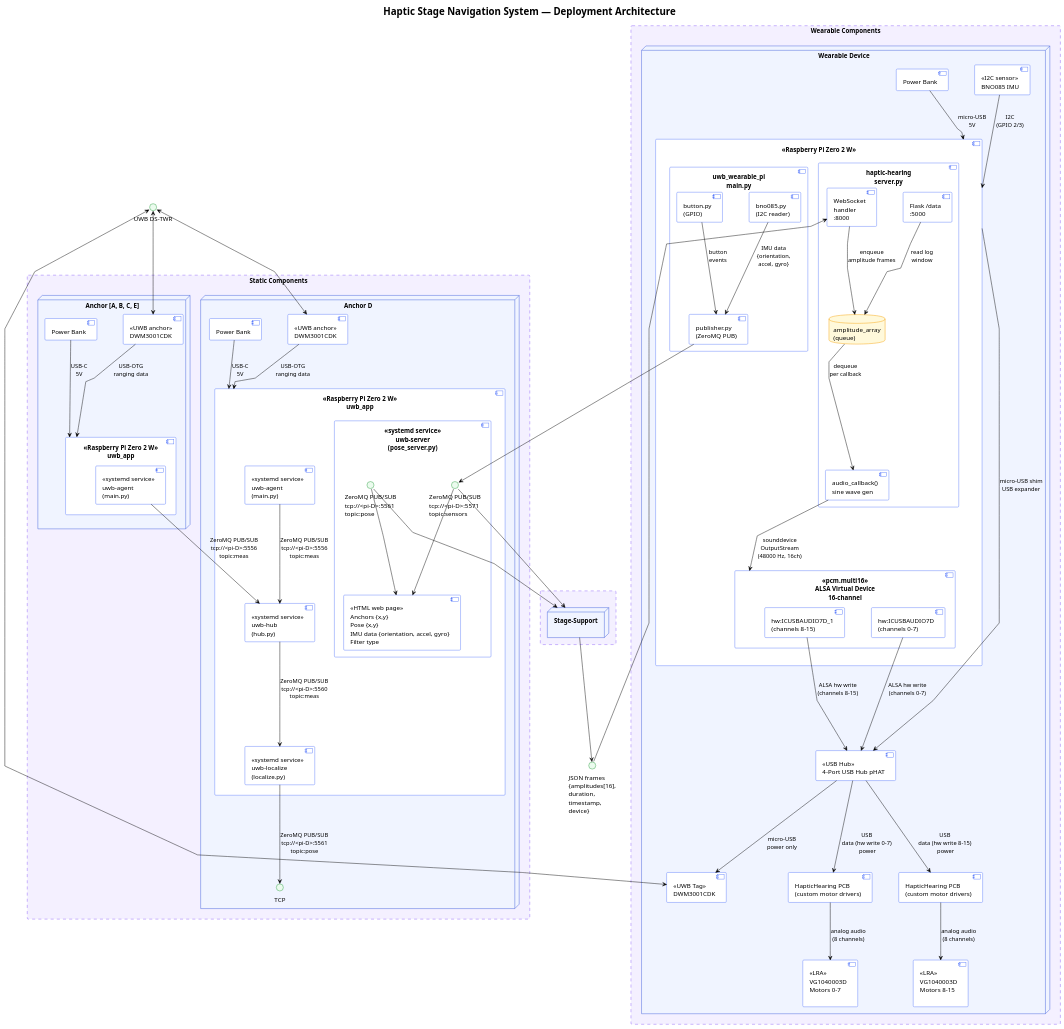
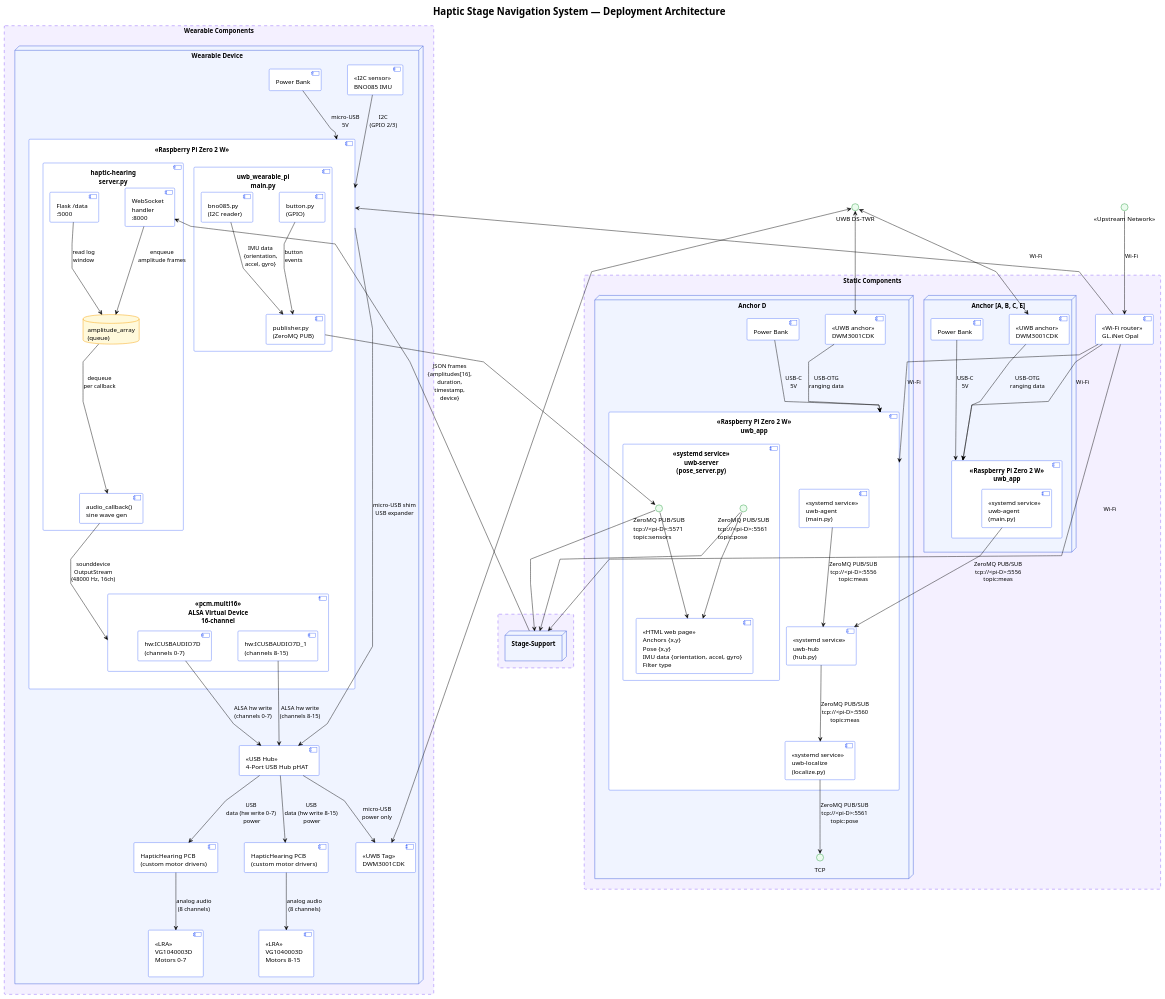
The diagram in diagrams/deployment_diagram.puml (alinanila/uwb_app), drawn with PlantUML before and after one commit. The commit also changed 3 other files, not shown here.

Commit message:
diagrams

```diff
--- a/diagrams/deployment_diagram.puml
+++ b/diagrams/deployment_diagram.puml
@@ -1,181 +1,188 @@
 @startuml Haptic Stage Navigation System
 
 !theme plain
 skinparam linetype polyline
 skinparam nodesep 60
 skinparam ranksep 80
 
 skinparam node {
   BackgroundColor #f0f4ff
   BorderColor #3b5bdb
   FontStyle bold
 }
 
 skinparam component {
   BackgroundColor #ffffff
   BorderColor #5c7cfa
 }
 
 skinparam database {
   BackgroundColor #fff9db
   BorderColor #f59f00
 }
 
 skinparam interface {
   BackgroundColor #ebfbee
   BorderColor #2f9e44
 }
 
 skinparam rectangle {
   BackgroundColor #f4f0ff
   BorderColor #8B5CFA
   FontStyle bold
 }
 
 
 title Haptic Stage Navigation System — Deployment Architecture
 
 
 
 
 ' ─────────────────────────────────────────
-' ANCHORS
+' STATIC
 ' ─────────────────────────────────────────
-rectangle "Static Components" as anchors #line.dashed{
+rectangle "Static Components" as static #line.dashed{
   ' ─────────────────────────────────────────
   ' UWB ANCHOR LAYER
   ' ─────────────────────────────────────────
   node "Anchor [A, B, C, E]" as Anchors {
     component "<<UWB anchor>>\nDWM3001CDK" as Anchor
     component "<<Raspberry Pi Zero 2 W>>\nuwb_app" as UWBagent{
       component "<<systemd service>>\nuwb-agent\n(main.py)" as agent
     }
     component "Power Bank" as AnchorPower
 
     Anchor --> UWBagent : USB-OTG\nranging data
     AnchorPower --> UWBagent : USB-C\n5V
   }
 
   ' ─────────────────────────────────────────
   ' HUB PI
   ' ─────────────────────────────────────────
   node "Anchor D" as HubPi {
     component "<<UWB anchor>>\nDWM3001CDK" as AnchorD
     component "<<Raspberry Pi Zero 2 W>>\nuwb_app" as UWBagentD {
       component "<<systemd service>>\nuwb-agent\n(main.py)" as agentD
       component "<<systemd service>>\nuwb-hub\n(hub.py)" as UWBhub
       component "<<systemd service>>\nuwb-localize\n(localize.py)" as UWBlocalize
       component "<<systemd service>>\nuwb-server\n(pose_server.py)" as UWBserver{
         component "<<HTML web page>>\nAnchors {x,y}\nPose {x,y}\nIMU data {orientation, accel, gyro}\nFilter type" as webpage
         interface "ZeroMQ PUB/SUB\ntcp://<pi-D>:5561\ntopic:pose" as TCPpose
         interface "ZeroMQ PUB/SUB\ntcp://<pi-D>:5571\ntopic:sensors" as TCPsensors
       }
     }
     component "Power Bank" as AnchorPowerD
     
     AnchorPowerD --> UWBagentD : USB-C\n5V
     AnchorD --> UWBagentD : USB-OTG\nranging data
     agentD --> UWBhub : ZeroMQ PUB/SUB\ntcp://<pi-D>:5556\ntopic:meas
     agent --> UWBhub : ZeroMQ PUB/SUB\ntcp://<pi-D>:5556\ntopic:meas
     UWBhub --> UWBlocalize : ZeroMQ PUB/SUB\ntcp://<pi-D>:5560\ntopic:meas
     UWBlocalize --> TCP : ZeroMQ PUB/SUB\ntcp://<pi-D>:5561\ntopic:pose
   }
+  
+  component "<<Wi-Fi router>>\nGL.iNet Opal" as router
 }
 
 
 
 
 ' ─────────────────────────────────────────
 ' STAGE-SUPPORT
 ' ─────────────────────────────────────────
 rectangle " " as SS #line.dashed {
   node "Stage-Support\n" as Laptop {
 
   }
 }
 
 
 
 
 ' ─────────────────────────────────────────
 ' BELT
 ' ─────────────────────────────────────────
 rectangle "Wearable Components" as belt #line.dashed {
   node "Wearable Device" as Wearable {
 
     component "<<Raspberry Pi Zero 2 W>>" as WearablePi{
       component "haptic-hearing\nserver.py" as ServerPy {
         component "WebSocket\nhandler\n:8000" as WShandler
         component "audio_callback()\nsine wave gen" as AudioCB
         component "Flask /data\n:5000" as Flask
         database "amplitude_array\n(queue)" as AmpQueue
       }
 
       component "uwb_wearable_pi\nmain.py" as WearableApp {
         component "bno085.py\n(I2C reader)" as BNO
         component "publisher.py\n(ZeroMQ PUB)" as ZMQwearPub
         component "button.py\n(GPIO)" as Button
       }
 
       component "«pcm.multi16»\nALSA Virtual Device\n16-channel" as ALSA {
         component "hw:ICUSBAUDIO7D\n(channels 0–7)" as Card1
         component "hw:ICUSBAUDIO7D_1\n(channels 8–15)" as Card2
       }
     }
 
     component "HapticHearing PCB\n(custom motor drivers)" as PCB1
     component "HapticHearing PCB\n(custom motor drivers)" as PCB2
     component "<<LRA>>\nVG1040003D\nMotors 0–7\n" as LRA1
     component "<<LRA>>\nVG1040003D\nMotors 8–15\n" as LRA2
     component "<<I2C sensor>>\nBNO085 IMU" as IMU
     component "«UWB Tag»\nDWM3001CDK" as Tag
     component "<<USB Hub>>\n4-Port USB Hub pHAT" as USBhub
     component "Power Bank" as PowerBank
 
     PowerBank --> WearablePi : micro-USB\n5V
     WearablePi --> USBhub : micro-USB shim\nUSB expander
     Card1 --> USBhub : ALSA hw write\n(channels 0–7)
     Card2 --> USBhub : ALSA hw write\n(channels 8–15)
     USBhub --> PCB1 : USB\ndata (hw write 0-7)\n power
     USBhub --> PCB2 : USB\ndata (hw write 8-15)\n power
     USBhub --> Tag : micro-USB\npower only
     PCB1 --> LRA1 : analog audio\n(8 channels)
     PCB2 --> LRA2 : analog audio\n(8 channels)
     IMU --> WearablePi : I2C\n(GPIO 2/3)
     WShandler --> AmpQueue : enqueue\namplitude frames
     AmpQueue --> AudioCB : dequeue\nper callback
     AudioCB --> ALSA : sounddevice\nOutputStream\n(48000 Hz, 16ch)
     Flask --> AmpQueue : read log\nwindow
 
     BNO --> ZMQwearPub : IMU data\n{orientation,\naccel, gyro}
     Button --> ZMQwearPub : button\nevents
   }
 }
 
 
 
 
 ' ─────────────────────────────────────────
 ' NODE CONNECTIONS
 ' ─────────────────────────────────────────
 interface "UWB DS-TWR" as UWB 
-interface "JSON frames\n{amplitudes[16],\nduration,\ntimestamp,\ndevice}" as JSON
+interface "<<Upstream Network>>" as wifi
 
 Tag <--> UWB
 UWB <--> Anchor
 UWB <--> AnchorD
 
 TCPpose --> webpage
 TCPsensors --> webpage
 TCPpose --> Laptop
 TCPsensors --> Laptop
 
 ZMQwearPub --> TCPsensors
 
-Laptop --> JSON
-JSON --> WShandler
+Laptop --> WShandler : JSON frames\n{amplitudes[16],\nduration,\ntimestamp,\ndevice}
+
+wifi --> router : Wi-Fi
+router --> UWBagentD : Wi-Fi
+router --> UWBagent : Wi-Fi
+router --> Laptop : Wi-Fi
+router --> WearablePi : Wi-Fi
 
 
 
 
 @enduml
```
